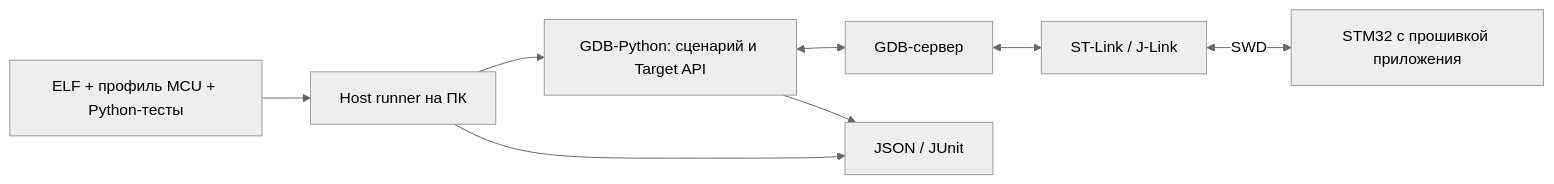
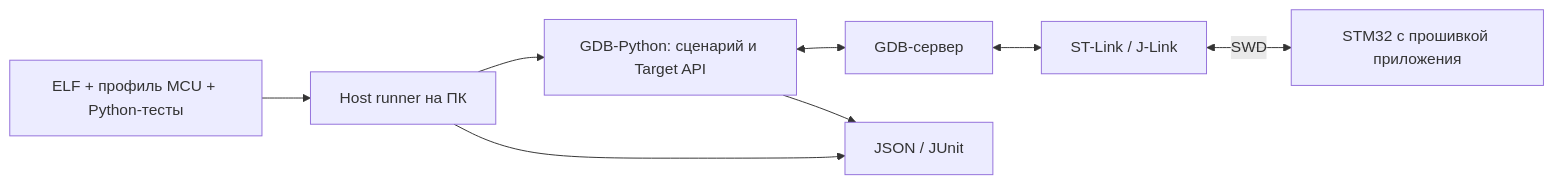
The diagram in README.md (ViacheslavMezentsev/stm32-gdbtest), drawn with Mermaid before and after one commit. The commit also changed other lines of this file and 25 other files, not shown here.

````diff
--- a/README.md
+++ b/README.md
@@ -57,15 +57,14 @@
 ```mermaid
 ---
 config:
   look: classic
-  theme: neutral
 ---
 flowchart LR
     I["ELF + профиль MCU + Python-тесты"] --> H["Host runner на ПК"]
     H --> A["GDB-Python: сценарий и Target API"]
     A <--> S["GDB-сервер"]
     S <--> D["ST-Link / J-Link"]
     D <-->|SWD| M["STM32 с прошивкой приложения"]
     A --> R["JSON / JUnit"]
     H --> R
 ```
````
